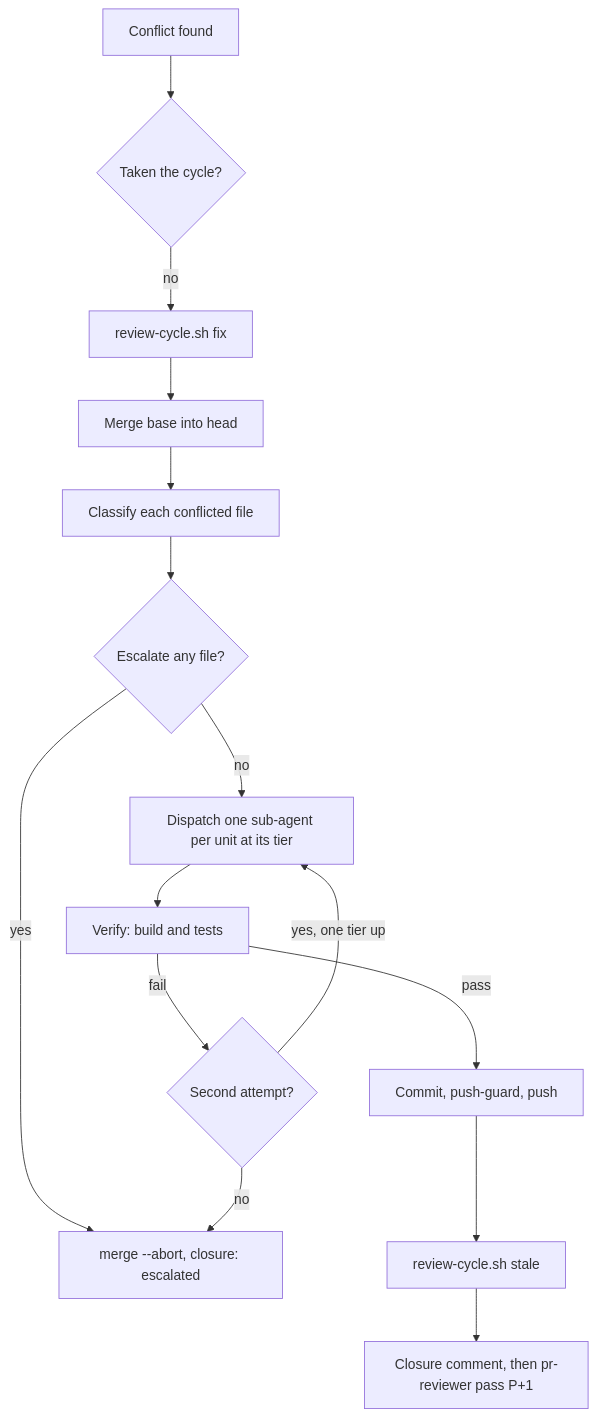
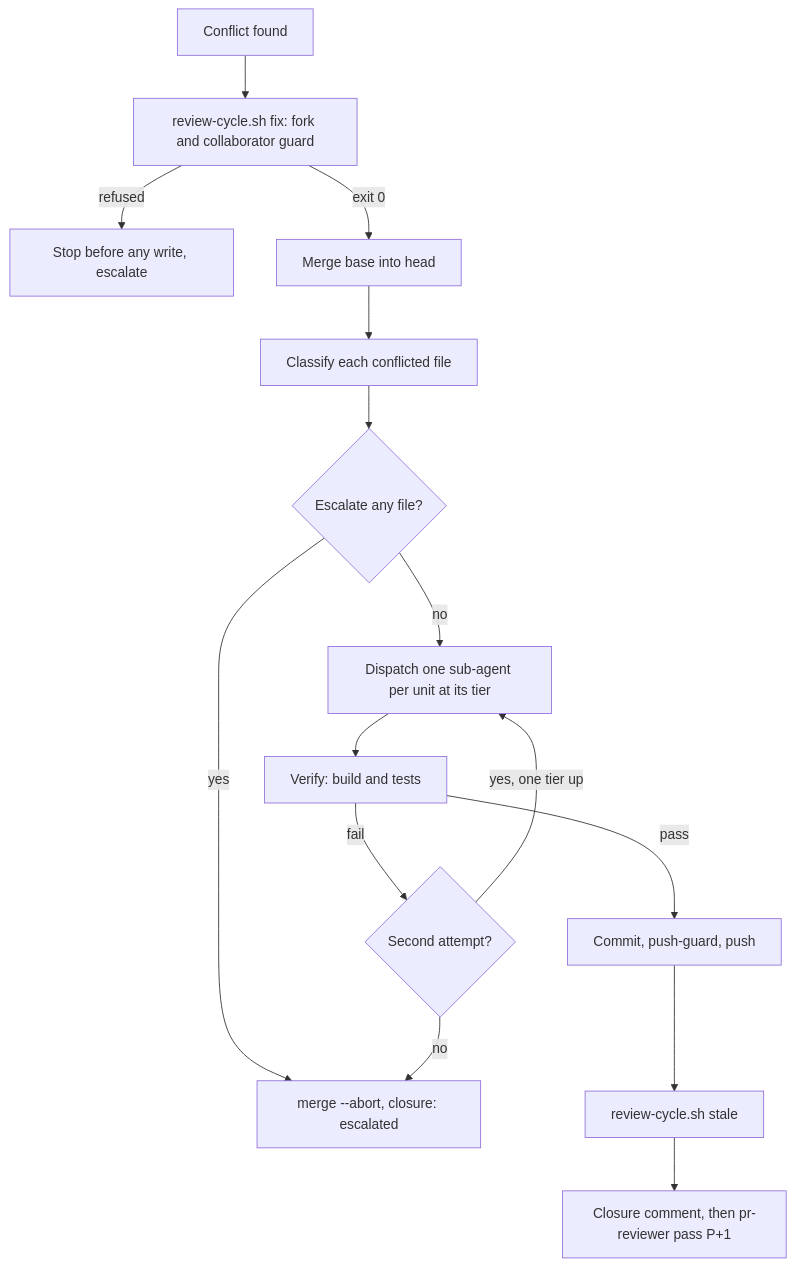
The diagram in .agents/skills/pr-merge-fixer/SKILL.md (jonyfs/pr-reviewer-fixer), drawn with Mermaid before and after one commit. The commit also changed other lines of this file and 2 other files, not shown here.

First line of the commit message:
Fix #45 C1: pr-merge-fixer runs the fix guard on every pull request

````diff
--- a/.agents/skills/pr-merge-fixer/SKILL.md
+++ b/.agents/skills/pr-merge-fixer/SKILL.md
@@ -84,17 +87,17 @@
 ```mermaid
 flowchart TD
-    A[Conflict found] --> B{Taken the cycle?}
-    B -->|no| C[review-cycle.sh fix]
-    C --> D[Merge base into head]
+    A[Conflict found] --> C[review-cycle.sh fix: fork and collaborator guard]
+    C -->|refused| R[Stop before any write, escalate]
+    C -->|exit 0| D[Merge base into head]
     D --> E[Classify each conflicted file]
     E --> F{Escalate any file?}
     F -->|yes| G[merge --abort, closure: escalated]
     F -->|no| H[Dispatch one sub-agent per unit at its tier]
     H --> I[Verify: build and tests]
     I -->|fail| J{Second attempt?}
     J -->|yes, one tier up| H
     J -->|no| G
     I -->|pass| K[Commit, push-guard, push]
     K --> L[review-cycle.sh stale]
     L --> M[Closure comment, then pr-reviewer pass P+1]
 ```
````
